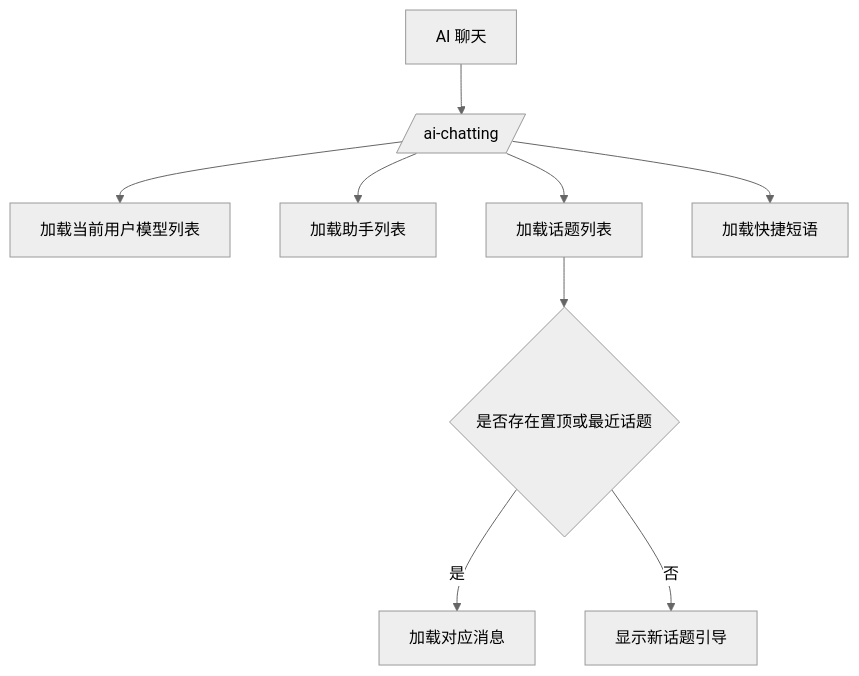
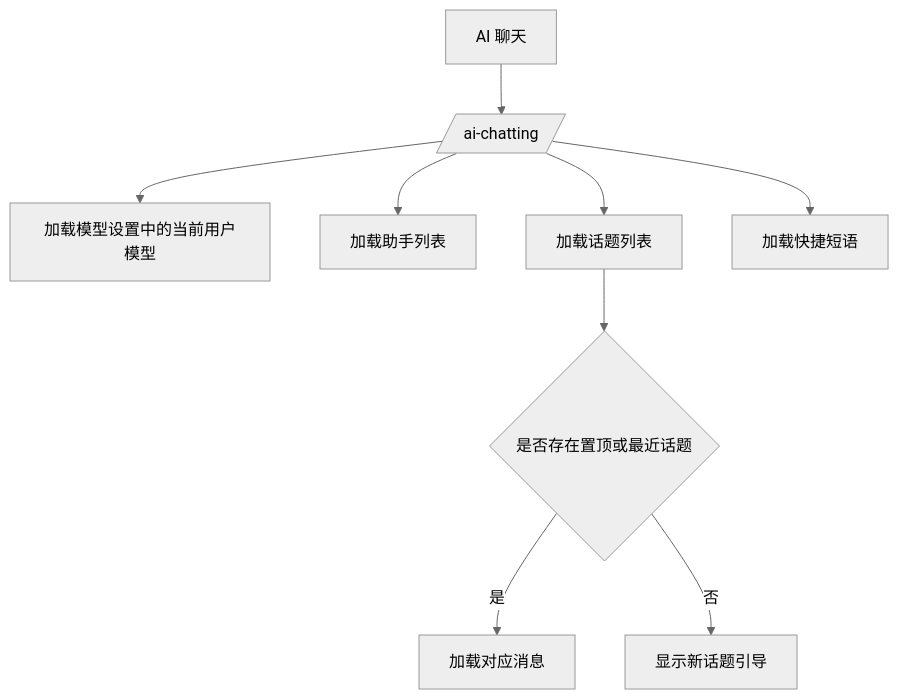
Before and after one commit to wangweihong/omnimam-spec: the third of 11 diagrams in 00_product/domains/ai-chatting/product-spec.md, drawn with Mermaid (neutral theme). The commit also changed other lines of this file and 14 other files, not shown here.

````diff
--- a/00_product/domains/ai-chatting/product-spec.md
+++ b/00_product/domains/ai-chatting/product-spec.md
@@ -306,11 +314,11 @@
 ```mermaid
 flowchart TD
   nav[AI 聊天] --> page[/ai-chatting/]
-  page --> loadModels[加载当前用户模型列表]
+  page --> loadModels[加载模型设置中的当前用户模型]
   page --> loadAssistants[加载助手列表]
   page --> loadTopics[加载话题列表]
   page --> loadQuickPhrases[加载快捷短语]
   loadTopics --> selectTopic{是否存在置顶或最近话题}
   selectTopic -->|是| loadMessages[加载对应消息]
   selectTopic -->|否| emptyState[显示新话题引导]
 ```
````
